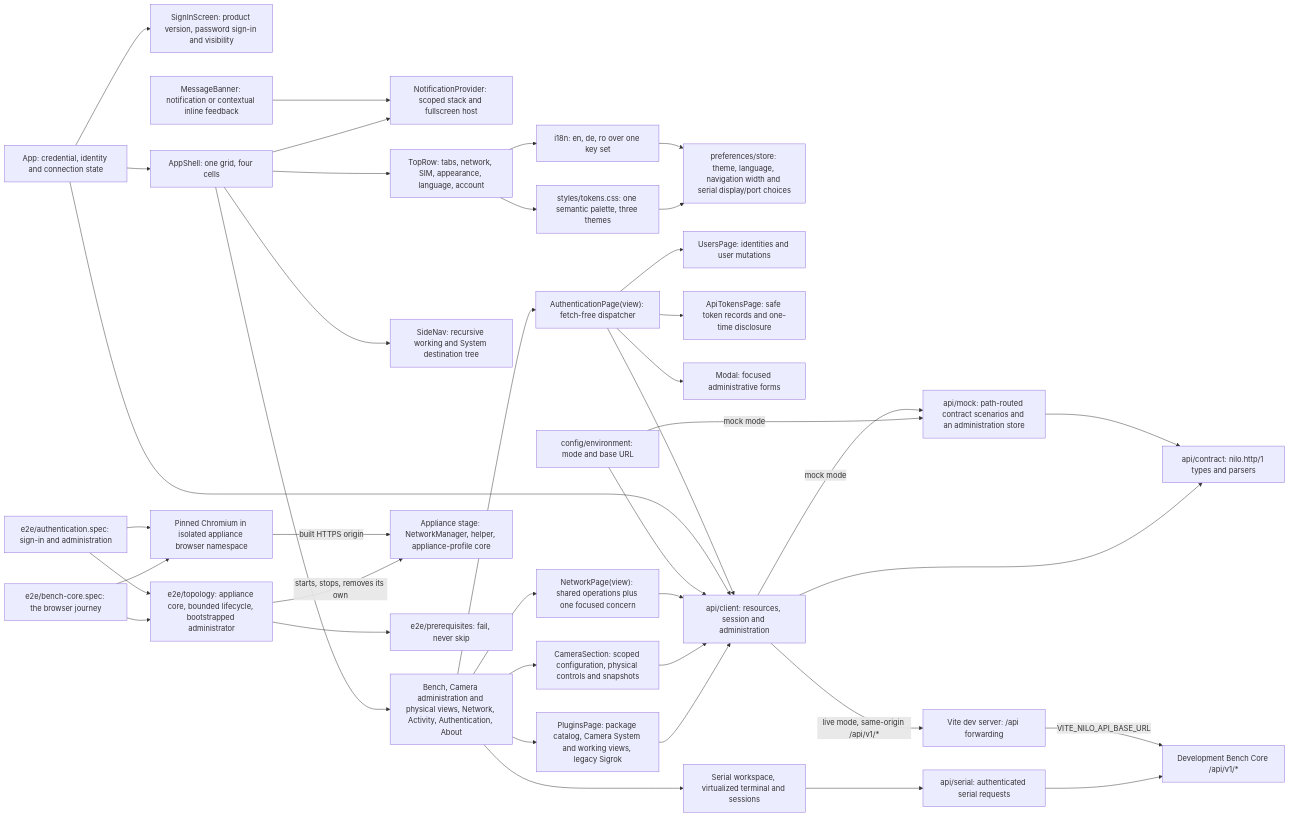
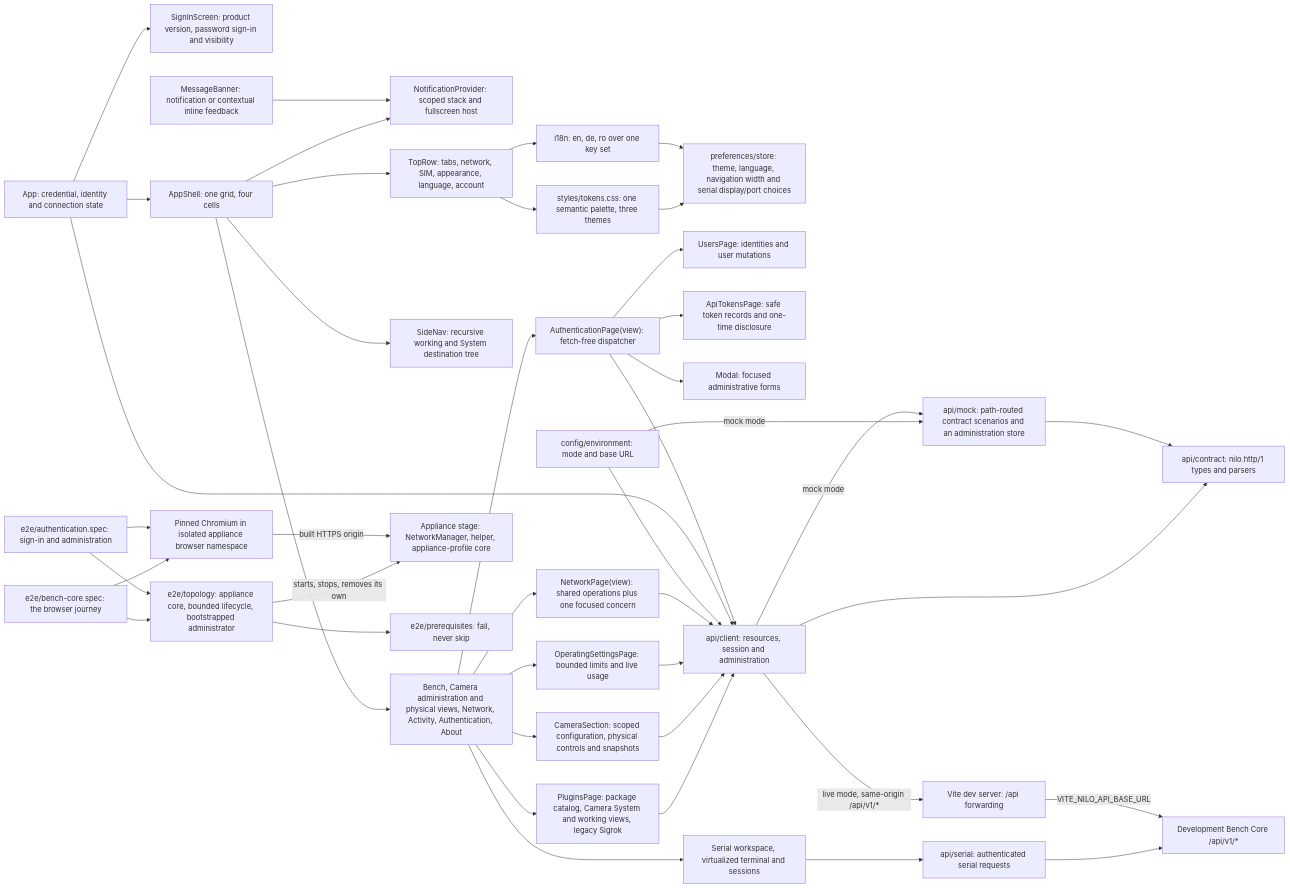
The diagram in .agentic/knowledge/gui-foundation.md (DDP-Engineering/2026_Networked_Intelligent_Lab_Orchestrator), drawn with Mermaid before and after one commit. The commit also changed other lines of this file and 71 other files, not shown here.

First line of the commit message:
feat: add configurable operating settings for NILO 0.12.0

````diff
--- a/.agentic/knowledge/gui-foundation.md
+++ b/.agentic/knowledge/gui-foundation.md
@@ -350,71 +366,73 @@
 ```mermaid
 flowchart LR
     app["App: credential, identity and connection state"]
     signin["SignInScreen: product version, password sign-in and visibility"]
     shell["AppShell: one grid, four cells"]
     notifications["NotificationProvider: scoped stack and fullscreen host"]
     feedback["MessageBanner: notification or contextual inline feedback"]
     shell --> notifications
     feedback --> notifications
     toprow["TopRow: tabs, network, SIM, appearance, language, account"]
     sidenav["SideNav: recursive working and System destination tree"]
     pages["Bench, Camera administration and physical views, Network, Activity, Authentication, About"]
     tokens["styles/tokens.css: one semantic palette, three themes"]
     catalogue["i18n: en, de, ro over one key set"]
     prefs["preferences/store: theme, language, navigation width and serial display/port choices"]
     admin["AuthenticationPage(view): fetch-free dispatcher"]
     users["UsersPage: identities and user mutations"]
     apitokens["ApiTokensPage: safe token records and one-time disclosure"]
     netpage["NetworkPage(view): shared operations plus one focused concern"]
     modal["Modal: focused administrative forms"]
     env["config/environment: mode and base URL"]
     client["api/client: resources, session and administration"]
     contract["api/contract: nilo.http/1 types and parsers"]
     mock["api/mock: path-routed contract scenarios and an administration store"]
     proxy["Vite dev server: /api forwarding"]
     backend["Development Bench Core /api/v1/*"]
     appliance["Appliance stage: NetworkManager, helper, appliance-profile core"]
     app --> signin
     app --> shell
     shell --> toprow
     shell --> sidenav
     shell --> pages
     pages --> instruments["PluginsPage: package catalog, Camera System and working views, legacy Sigrok"]
     instruments --> client
     pages --> camera["CameraSection: scoped configuration, physical controls and snapshots"]
     camera --> client
     pages --> serial["Serial workspace, virtualized terminal and sessions"]
     serial --> serialapi["api/serial: authenticated serial requests"]
     serialapi --> backend
     pages --> admin
+    pages --> operating["OperatingSettingsPage: bounded limits and live usage"]
+    operating --> client
     admin --> users
     admin --> apitokens
     pages --> netpage
     netpage --> client
     admin --> modal
     toprow --> tokens
     toprow --> catalogue
     tokens --> prefs
     catalogue --> prefs
     env --> client
     env -- "mock mode" --> mock
     client --> contract
     mock --> contract
     app --> client
     admin --> client
     client -- "live mode, same-origin /api/v1/*" --> proxy
     proxy -- "VITE_NILO_API_BASE_URL" --> backend
     client -- "mock mode" --> mock
     harness["e2e/topology: appliance core, bounded lifecycle, bootstrapped administrator"]
     prereq["e2e/prerequisites: fail, never skip"]
     spec["e2e/bench-core.spec: the browser journey"]
     adminspec["e2e/authentication.spec: sign-in and administration"]
     browser["Pinned Chromium in isolated appliance browser namespace"]
     harness --> prereq
     harness -- "starts, stops, removes its own" --> appliance
     spec --> harness
     adminspec --> harness
     spec --> browser
     adminspec --> browser
     browser -- "built HTTPS origin" --> appliance
 ```
````
